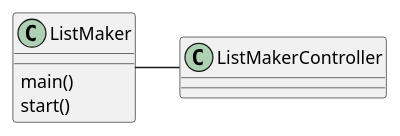
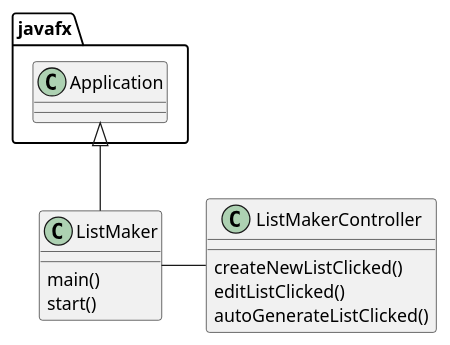
One commit to Ivedent-Lloyd-III/lloyd-cop3330-assignment4 changed the diagram in src/PlantUML/ApplicationClasses.puml. Above: the diagram before and after it, drawn with PlantUML. The commit also changed 6 other files, not shown here.

```diff
--- a/src/PlantUML/ApplicationClasses.puml
+++ b/src/PlantUML/ApplicationClasses.puml
@@ -1,15 +1,18 @@
 @startuml
 'https://plantuml.com/class-diagram
 
 class ListMaker {
     main()
     start()
 }
 
 class ListMakerController {
-
+    createNewListClicked()
+    editListClicked()
+    autoGenerateListClicked()
 }
 
 ListMaker - ListMakerController
+javafx.Application <|-- ListMaker
 
 @enduml
```
